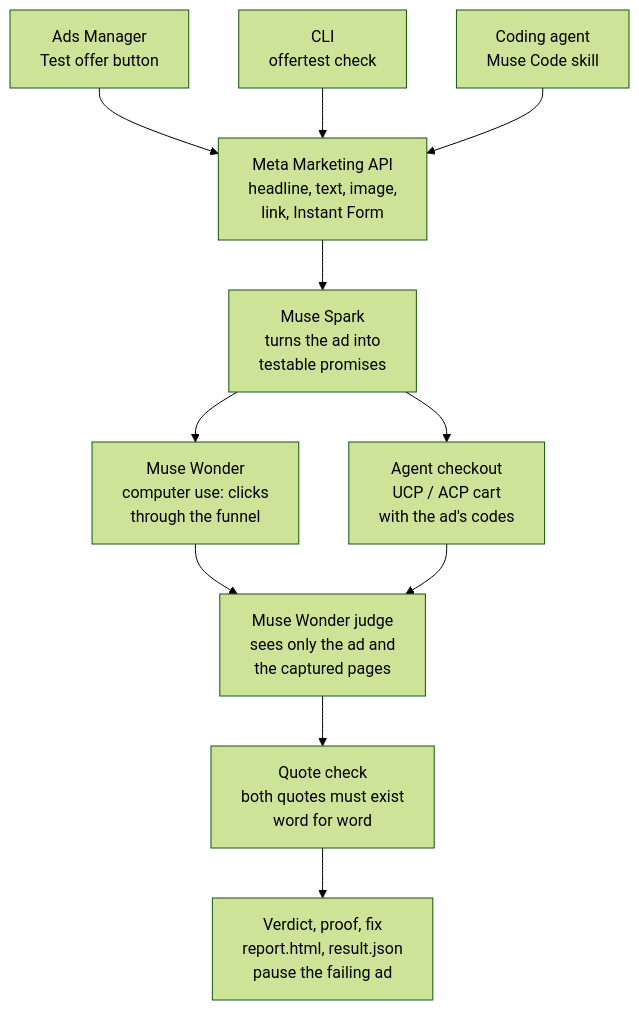
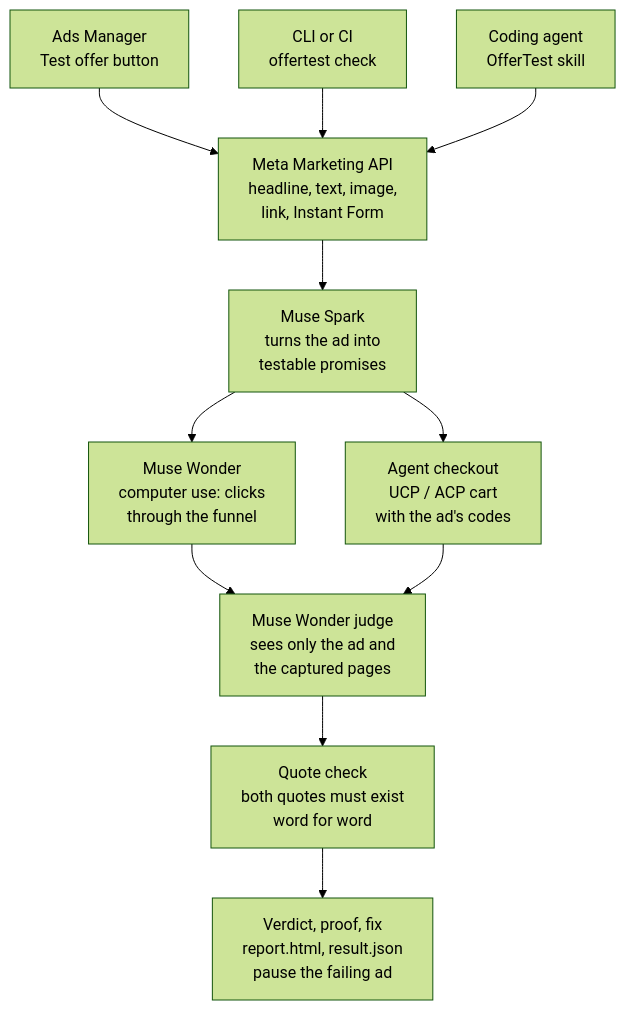
One commit to leonardo-vanschaik/offertest-ai changed the diagram in README.md. Above: the diagram before and after it, drawn with Mermaid (forest theme). The commit also changed other lines of this file and 2 other files, not shown here.

First line of the commit message:
Docs: architecture and CLI reference, shorter README

````diff
--- a/README.md
+++ b/README.md
@@ -125,18 +124,18 @@
 ```mermaid
 flowchart TD
     EXT["Ads Manager<br/>Test offer button"]
-    CLI["CLI<br/>offertest check"]
-    SKILL["Coding agent<br/>Muse Code skill"]
+    CLI["CLI or CI<br/>offertest check"]
+    SKILL["Coding agent<br/>OfferTest skill"]
     MKT["Meta Marketing API<br/>headline, text, image,<br/>link, Instant Form"]
     SPARK["Muse Spark<br/>turns the ad into<br/>testable promises"]
     WONDER["Muse Wonder<br/>computer use: clicks<br/>through the funnel"]
     UCP["Agent checkout<br/>UCP / ACP cart<br/>with the ad's codes"]
     JUDGE["Muse Wonder judge<br/>sees only the ad and<br/>the captured pages"]
     QC["Quote check<br/>both quotes must exist<br/>word for word"]
     OUT["Verdict, proof, fix<br/>report.html, result.json<br/>pause the failing ad"]
 
     EXT & CLI & SKILL --> MKT --> SPARK
     SPARK --> WONDER --> JUDGE
     SPARK --> UCP --> JUDGE
     JUDGE --> QC --> OUT
 ```
````
